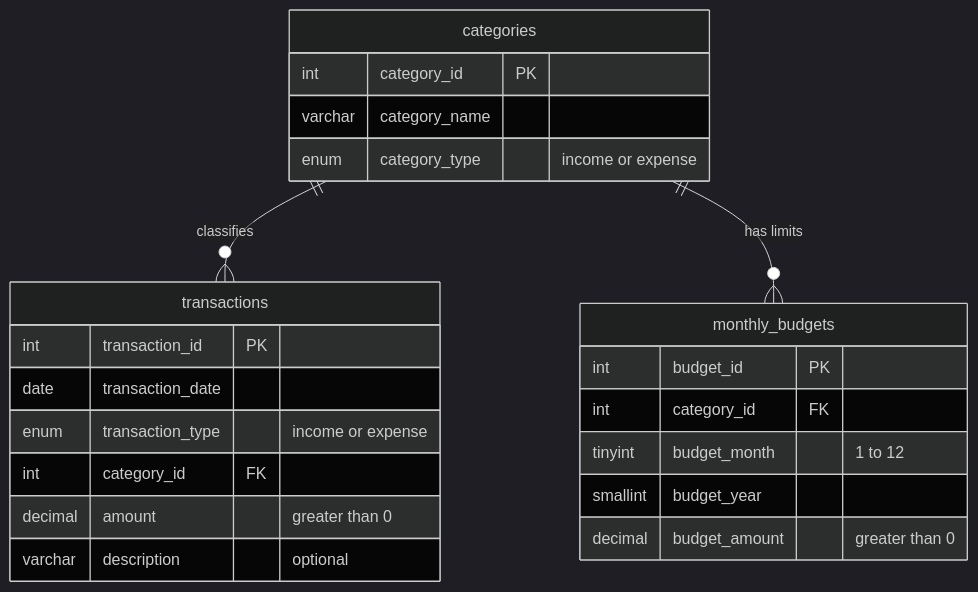
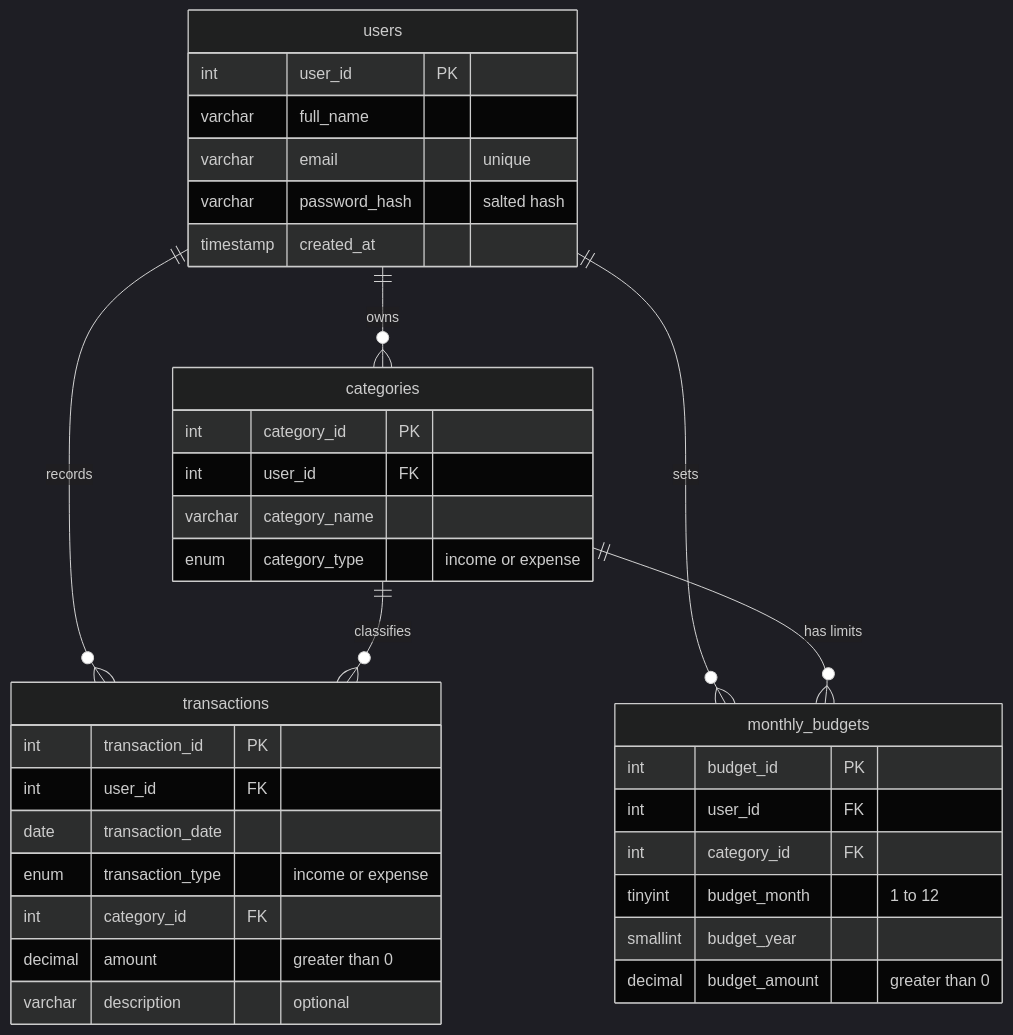
The diagram in docs/er_diagram.mmd (sahithyac8/home_budget), drawn with Mermaid (dark theme) before and after one commit. The commit also changed 42 other files, not shown here.

```diff
--- a/docs/er_diagram.mmd
+++ b/docs/er_diagram.mmd
@@ -1,23 +1,36 @@
 erDiagram
+    users ||--o{ categories : "owns"
+    users ||--o{ transactions : "records"
+    users ||--o{ monthly_budgets : "sets"
     categories ||--o{ transactions : "classifies"
     categories ||--o{ monthly_budgets : "has limits"
+    users {
+        int user_id PK
+        varchar full_name
+        varchar email "unique"
+        varchar password_hash "salted hash"
+        timestamp created_at
+    }
     categories {
         int category_id PK
+        int user_id FK
         varchar category_name
         enum category_type "income or expense"
     }
     transactions {
         int transaction_id PK
+        int user_id FK
         date transaction_date
         enum transaction_type "income or expense"
         int category_id FK
         decimal amount "greater than 0"
         varchar description "optional"
     }
     monthly_budgets {
         int budget_id PK
+        int user_id FK
         int category_id FK
         tinyint budget_month "1 to 12"
         smallint budget_year
         decimal budget_amount "greater than 0"
     }
```
